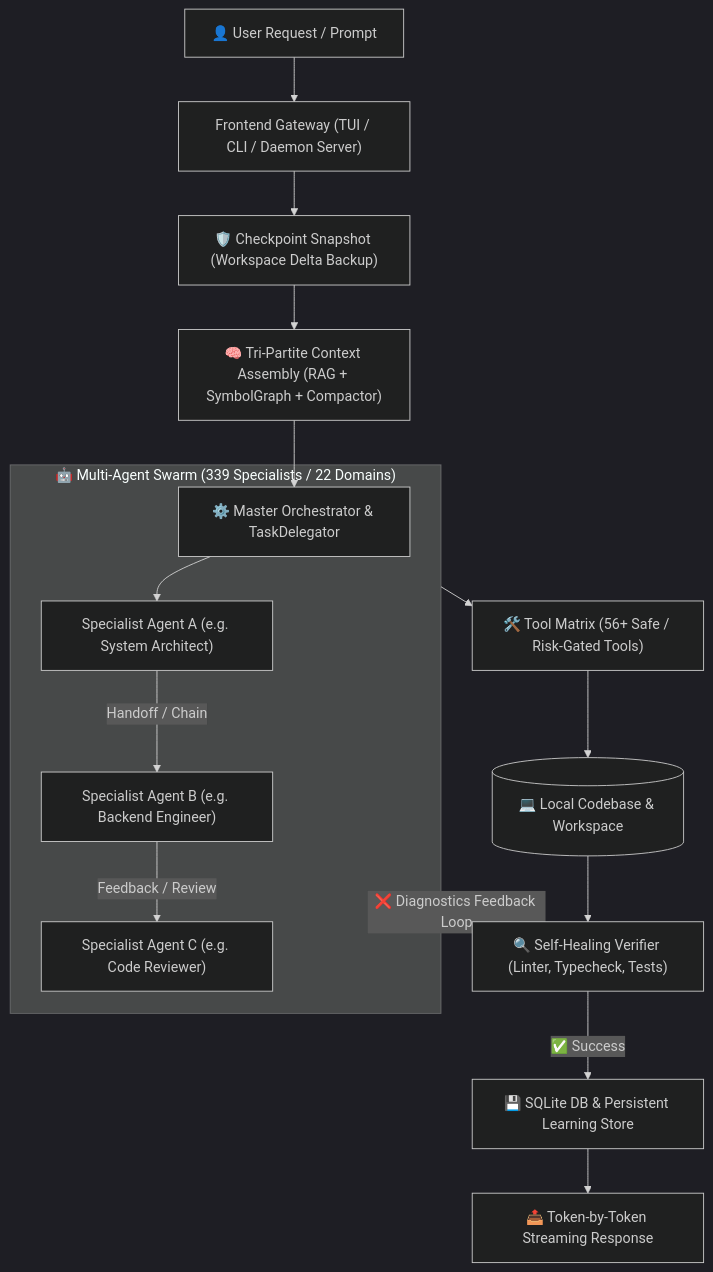
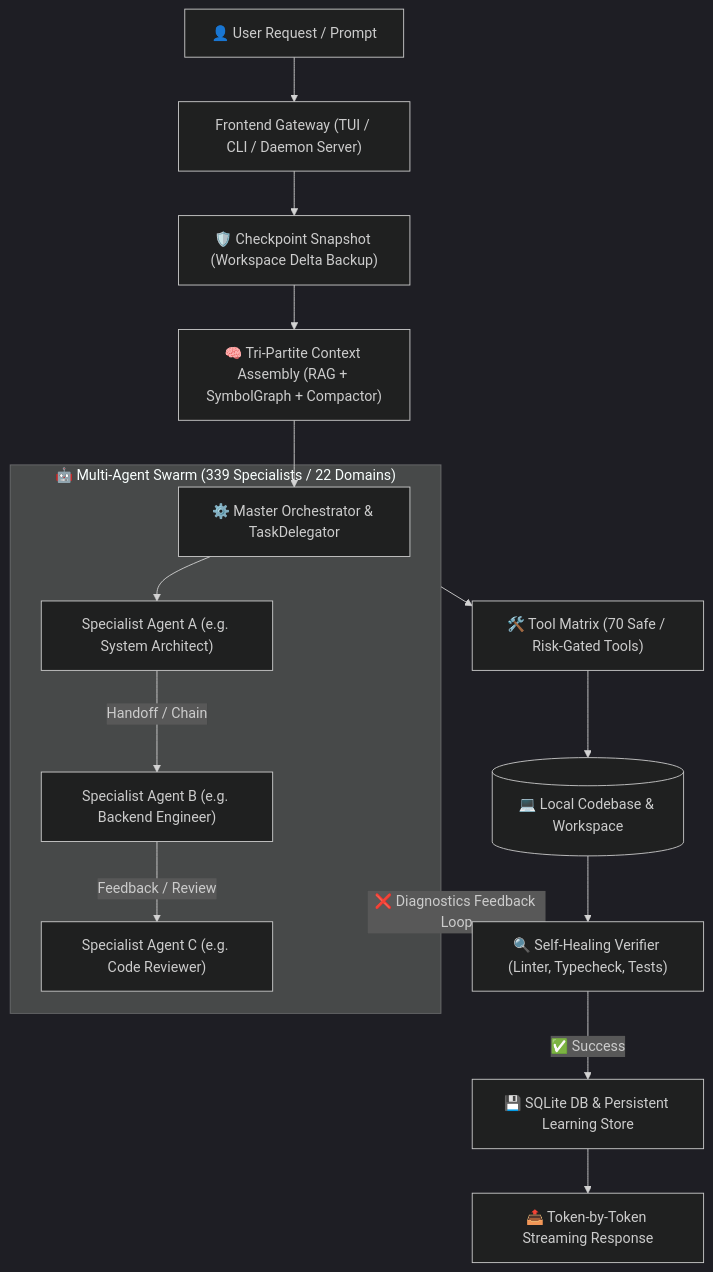
One commit to SAGO-AUTOMATES/SAGO-Agent changed the first of 9 diagrams in docs/FLOWS.md. Above: the diagram before and after it, drawn with Mermaid (dark theme). The commit also changed other lines of this file and 46 other files, not shown here.

````diff
--- a/docs/FLOWS.md
+++ b/docs/FLOWS.md
@@ -28,21 +28,21 @@
 ```mermaid
 flowchart TD
     User["👤 User Request / Prompt"] --> Gateway["Frontend Gateway (TUI / CLI / Daemon Server)"]
     Gateway --> Checkpoint["🛡️ Checkpoint Snapshot (Workspace Delta Backup)"]
     Checkpoint --> Context["🧠 Tri-Partite Context Assembly (RAG + SymbolGraph + Compactor)"]
     Context --> Orchestrator["⚙️ Master Orchestrator & TaskDelegator"]
     
     subgraph Swarm["🤖 Multi-Agent Swarm (339 Specialists / 22 Domains)"]
         Orchestrator --> AgentA["Specialist Agent A (e.g. System Architect)"]
         AgentA -->|Handoff / Chain| AgentB["Specialist Agent B (e.g. Backend Engineer)"]
         AgentB -->|Feedback / Review| AgentC["Specialist Agent C (e.g. Code Reviewer)"]
     end
     
-    Swarm --> Tools["🛠️ Tool Matrix (56+ Safe / Risk-Gated Tools)"]
+    Swarm --> Tools["🛠️ Tool Matrix (70 Safe / Risk-Gated Tools)"]
     Tools --> Codebase[("💻 Local Codebase & Workspace")]
     Codebase --> Verifier["🔍 Self-Healing Verifier (Linter, Typecheck, Tests)"]
     
     Verifier -->|❌ Diagnostics Feedback Loop| Swarm
     Verifier -->|✅ Success| StateCommit["💾 SQLite DB & Persistent Learning Store"]
     StateCommit --> Response["📤 Token-by-Token Streaming Response"]
 ```
````
